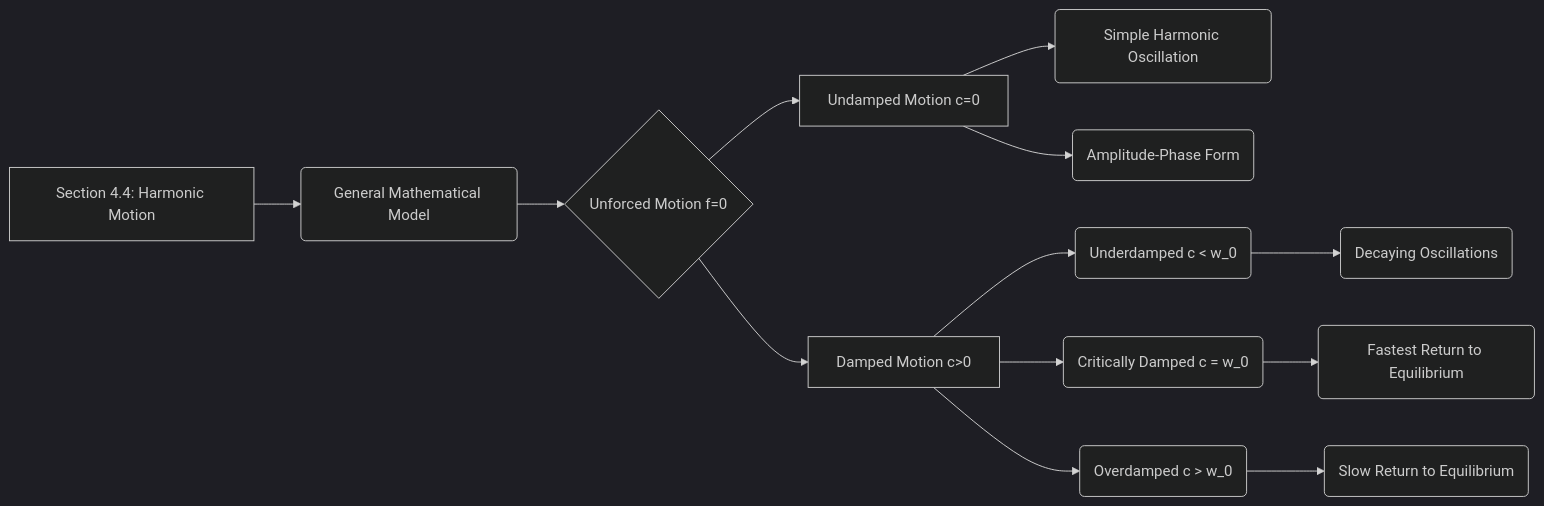
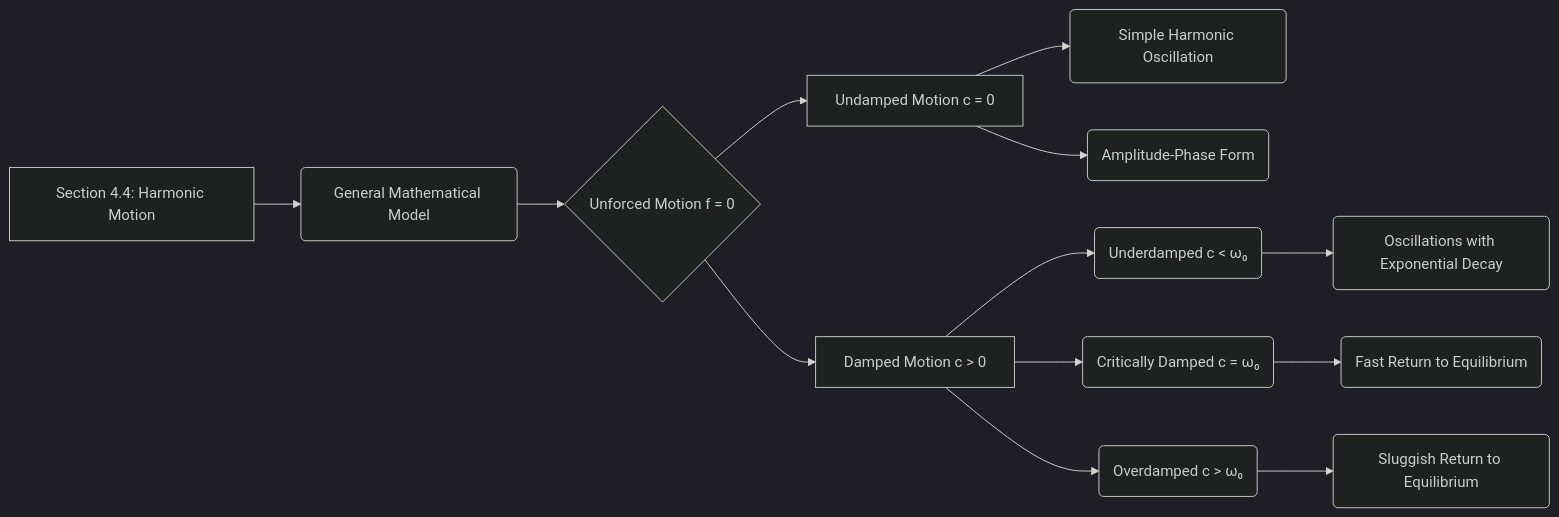
The first of 2 diagrams in 01_Courses notes/011_General courses/Ordinary Differential Equation/Chapter4.4.md (GFer-XU/My-notes-in-SUSTech), drawn with Mermaid (dark theme) before and after one commit. The commit also changed other lines of this file and 5 other files, not shown here.

````diff
--- a/01_Courses notes/011_General courses/Ordinary Differential Equation/Chapter4.4.md
+++ b/01_Courses notes/011_General courses/Ordinary Differential Equation/Chapter4.4.md
@@ -3,18 +3,18 @@
 ```mermaid
 graph LR
     A[Section 4.4: Harmonic Motion] --> B(General Mathematical Model)
-    B --> C{Unforced Motion f=0}
+    B --> C{Unforced Motion f = 0}
 
-    C --> D[Undamped Motion c=0]
+    C --> D[Undamped Motion c = 0]
     D --> D1(Simple Harmonic Oscillation)
     D --> D2(Amplitude-Phase Form)
 
-    C --> E[Damped Motion c>0]
-    E --> E1(Underdamped c < w_0)
-    E --> E2(Critically Damped c = w_0)
-    E --> E3(Overdamped c > w_0)
+    C --> E[Damped Motion c > 0]
+    E --> E1(Underdamped c < ω₀)
+    E --> E2(Critically Damped c = ω₀)
+    E --> E3(Overdamped c > ω₀)
 
-    E1 --> F1(Decaying Oscillations)
-    E2 --> F2(Fastest Return to Equilibrium)
-    E3 --> F3(Slow Return to Equilibrium)
+    E1 --> F1(Oscillations with Exponential Decay)
+    E2 --> F2(Fast Return to Equilibrium)
+    E3 --> F3(Sluggish Return to Equilibrium)
 ```
````
